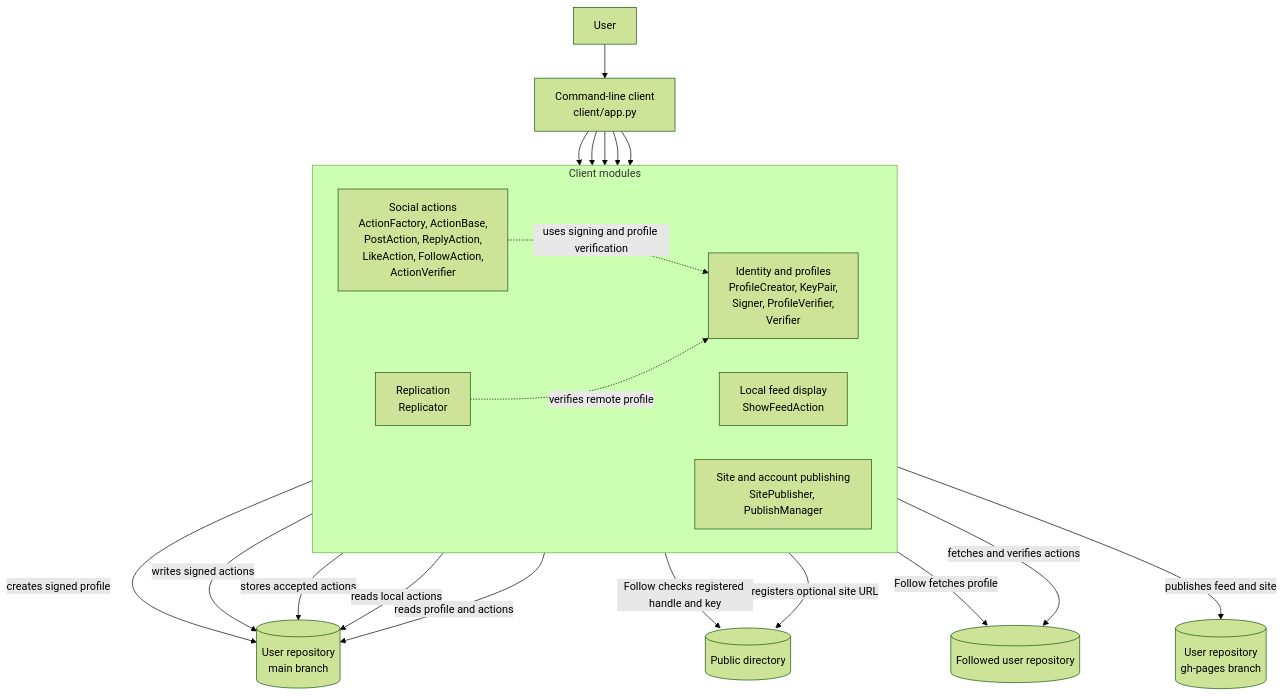
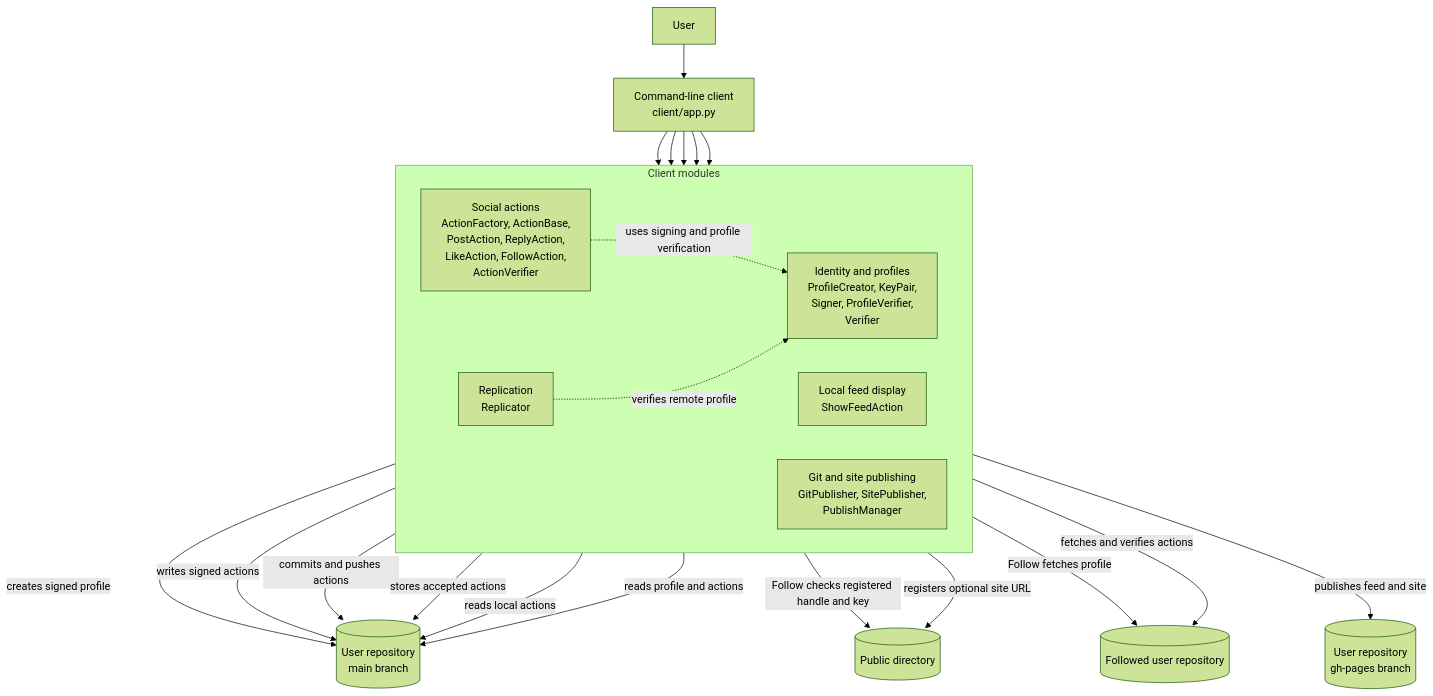
One commit to gargster/ELEC4712_Decentralised_Blog changed the ninth of 10 diagrams in latest_design.md. Above: the diagram before and after it, drawn with Mermaid (forest theme). The commit also changed other lines of this file and 10 other files, not shown here.

````diff
--- a/latest_design.md
+++ b/latest_design.md
@@ -384,34 +384,35 @@
 ```mermaid
 flowchart TB
     User[User] --> CLI[Command-line client<br/>client/app.py]
 
     subgraph Modules["Client modules"]
         direction LR
         Identity["Identity and profiles<br/>ProfileCreator, KeyPair,<br/>Signer, ProfileVerifier,<br/>Verifier"]
         Actions["Social actions<br/>ActionFactory, ActionBase,<br/>PostAction, ReplyAction,<br/>LikeAction, FollowAction,<br/>ActionVerifier"]
         Replication["Replication<br/>Replicator"]
         Feed["Local feed display<br/>ShowFeedAction"]
-        Publishing["Site and account publishing<br/>SitePublisher, PublishManager"]
+        Publishing["Git and site publishing<br/>GitPublisher, SitePublisher,<br/>PublishManager"]
     end
 
     CLI --> Identity
     CLI --> Actions
     CLI --> Replication
     CLI --> Feed
     CLI --> Publishing
 
     Identity -->|creates signed profile| MainRepo[(User repository<br/>main branch)]
     Actions -->|writes signed actions| MainRepo
+    Publishing -->|commits and pushes actions| MainRepo
     Actions -->|Follow checks registered handle and key| Directory[(Public directory)]
     Actions -->|Follow fetches profile| RemoteRepo[(Followed user repository)]
     Actions -.->|uses signing and profile verification| Identity
 
     Replication -->|fetches and verifies actions| RemoteRepo
     Replication -->|stores accepted actions| MainRepo
     Replication -.->|verifies remote profile| Identity
 
     Feed -->|reads local actions| MainRepo
     Publishing -->|reads profile and actions| MainRepo
     Publishing -->|publishes feed and site| Pages[(User repository<br/>gh-pages branch)]
     Publishing -->|registers optional site URL| Directory
 ```
````
